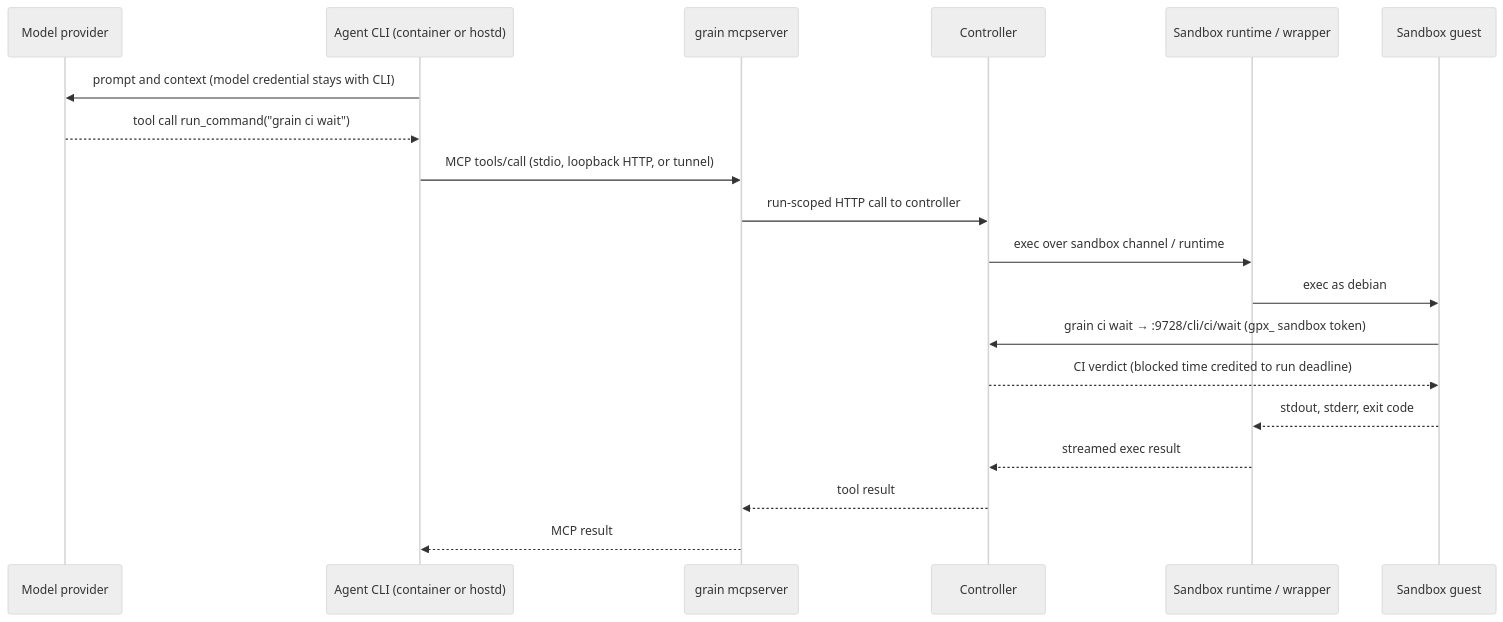
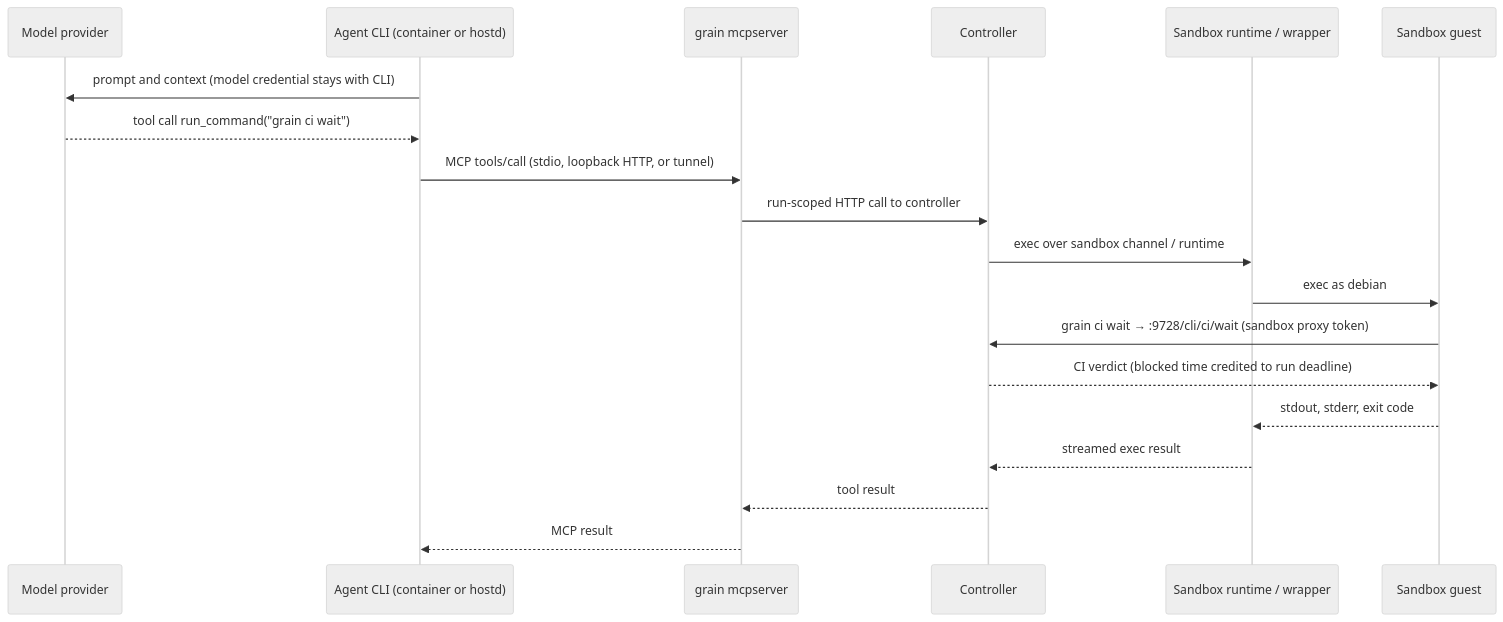
One commit to ai-on-gke/grain changed the second of 3 diagrams in design/design/architecture.design.md. Above: the diagram before and after it, drawn with Mermaid (neutral theme). The commit also changed other lines of this file, not shown here.

````diff
--- a/design/design/architecture.design.md
+++ b/design/design/architecture.design.md
@@ -234,21 +234,21 @@
 ```mermaid
 sequenceDiagram
   participant M as Model provider
   participant C as Agent CLI (container or hostd)
   participant S as grain mcpserver
   participant G as Controller
   participant W as Sandbox runtime / wrapper
   participant V as Sandbox guest
   C->>M: prompt and context (model credential stays with CLI)
   M-->>C: tool call run_command("grain ci wait")
   C->>S: MCP tools/call (stdio, loopback HTTP, or tunnel)
   S->>G: run-scoped HTTP call to controller
   G->>W: exec over sandbox channel / runtime
   W->>V: exec as debian
-  V->>G: grain ci wait → :9728/cli/ci/wait (gpx_ sandbox token)
+  V->>G: grain ci wait → :9728/cli/ci/wait (sandbox proxy token)
   G-->>V: CI verdict (blocked time credited to run deadline)
   V-->>W: stdout, stderr, exit code
   W-->>G: streamed exec result
   G-->>S: tool result
   S-->>C: MCP result
 ```
````
